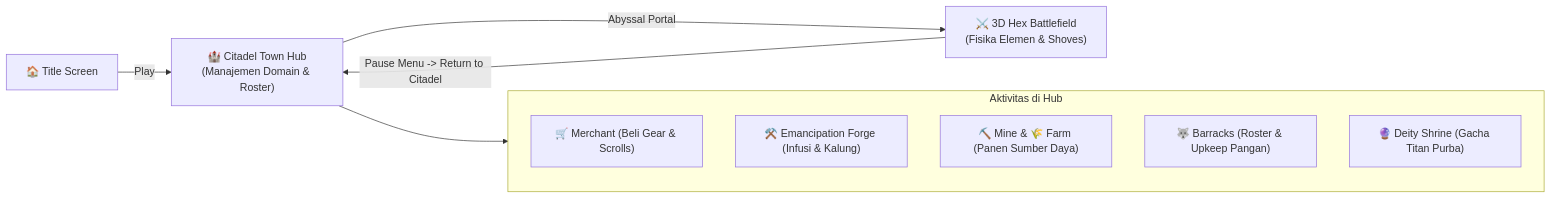
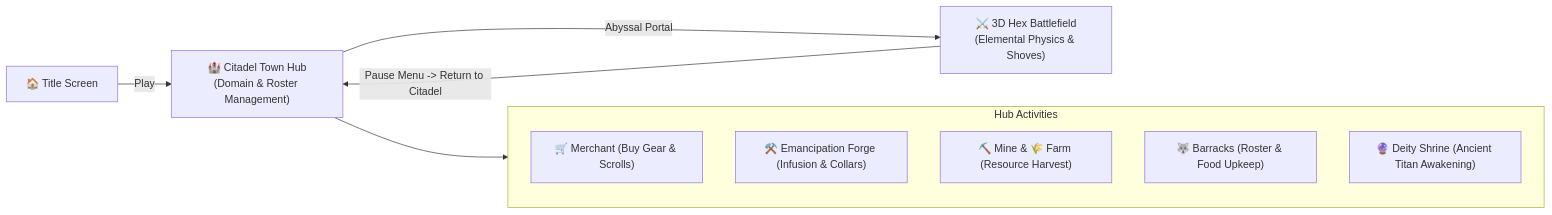
One commit to NealversePrime/ElementalHexTactics3D changed the diagram in wiki/06-Citadel-Hub-and-Domain-Economy.md. Above: the diagram before and after it, drawn with Mermaid. The commit also changed other lines of this file and 2 other files, not shown here.

````diff
--- a/wiki/06-Citadel-Hub-and-Domain-Economy.md
+++ b/wiki/06-Citadel-Hub-and-Domain-Economy.md
@@ -11,16 +11,16 @@
 ```mermaid
 flowchart LR
-    Title["🏠 Title Screen"] -->|"Play"| Hub["🏰 Citadel Town Hub\n(Manajemen Domain & Roster)"]
+    Title["🏠 Title Screen"] -->|"Play"| Hub["🏰 Citadel Town Hub\n(Domain & Roster Management)"]
     
-    subgraph HubLoop["Aktivitas di Hub"]
-        Shop["🛒 Merchant (Beli Gear & Scrolls)"]
-        Forge["⚒️ Emancipation Forge (Infusi & Kalung)"]
-        MineFarm["⛏️ Mine & 🌾 Farm (Panen Sumber Daya)"]
-        Barracks["🐺 Barracks (Roster & Upkeep Pangan)"]
-        Shrine["🔮 Deity Shrine (Gacha Titan Purba)"]
+    subgraph HubLoop["Hub Activities"]
+        Shop["🛒 Merchant (Buy Gear & Scrolls)"]
+        Forge["⚒️ Emancipation Forge (Infusion & Collars)"]
+        MineFarm["⛏️ Mine & 🌾 Farm (Resource Harvest)"]
+        Barracks["🐺 Barracks (Roster & Food Upkeep)"]
+        Shrine["🔮 Deity Shrine (Ancient Titan Awakening)"]
     end
     
     Hub --> HubLoop
-    Hub -->|"Abyssal Portal"| Battle["⚔️ 3D Hex Battlefield\n(Fisika Elemen & Shoves)"]
+    Hub -->|"Abyssal Portal"| Battle["⚔️ 3D Hex Battlefield\n(Elemental Physics & Shoves)"]
     Battle -->|"Pause Menu -> Return to Citadel"| Hub
 ```
````
